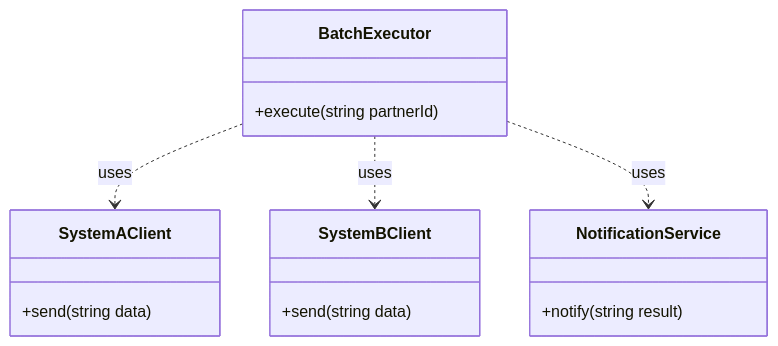
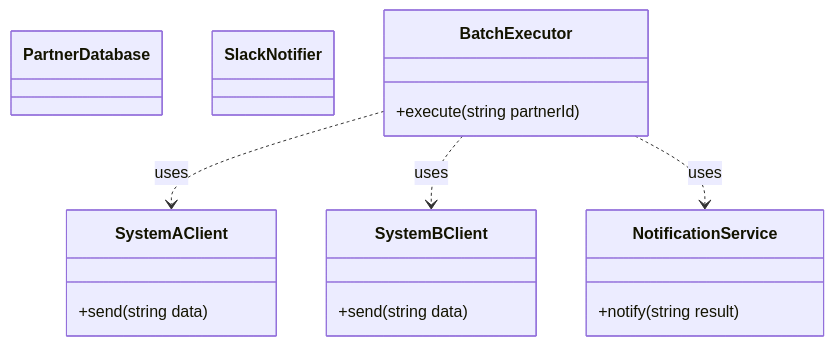
One commit to kumachan1101-pixel/DesignPattern changed the third of 12 diagrams in kindle/design-patterns/output/chapter10.md. Above: the diagram before and after it, drawn with Mermaid. The commit also changed other lines of this file and 19 other files, not shown here.

````diff
--- a/kindle/design-patterns/output/chapter10.md
+++ b/kindle/design-patterns/output/chapter10.md
@@ -181,18 +181,20 @@
 ```mermaid
 classDiagram
+    class PartnerDatabase
+    class SlackNotifier
     class BatchExecutor {
         +execute(string partnerId)
     }
     class SystemAClient {
         +send(string data)
     }
     class SystemBClient {
         +send(string data)
     }
     class NotificationService {
         +notify(string result)
     }
     BatchExecutor ..> SystemAClient : uses
     BatchExecutor ..> SystemBClient : uses
     BatchExecutor ..> NotificationService : uses
 ```
````
